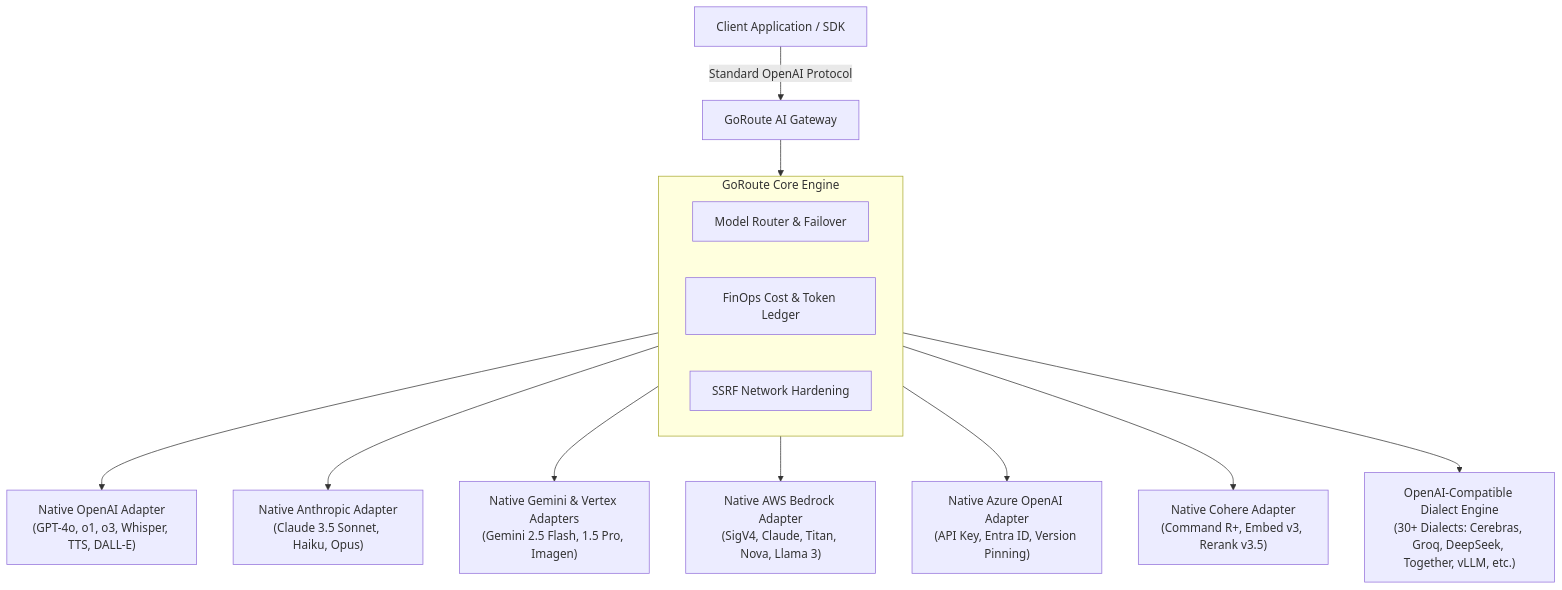
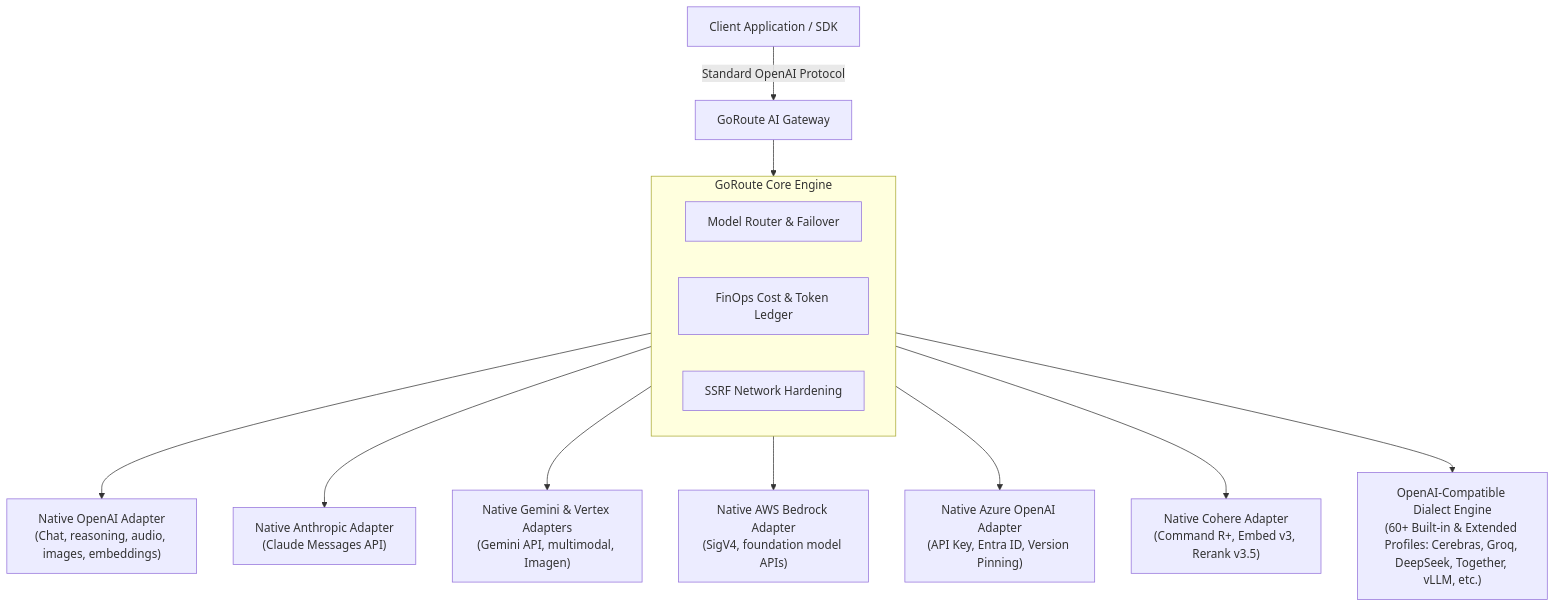
One commit to goroute-ai/goroute-ai.github.io changed the diagram in docs/providers/overview.md. Above: the diagram before and after it, drawn with Mermaid. The commit also changed other lines of this file and 48 other files, not shown here.

````diff
--- a/docs/providers/overview.md
+++ b/docs/providers/overview.md
@@ -11,20 +13,20 @@
 ```mermaid
 flowchart TD
     Client["Client Application / SDK"] -->|Standard OpenAI Protocol| GW["GoRoute AI Gateway"]
     
     subgraph CoreEngine["GoRoute Core Engine"]
         Router["Model Router & Failover"]
         Ledger["FinOps Cost & Token Ledger"]
         SSRF["SSRF Network Hardening"]
     end
     
     GW --> CoreEngine
     
-    CoreEngine --> A1["Native OpenAI Adapter\n(GPT-4o, o1, o3, Whisper, TTS, DALL-E)"]
-    CoreEngine --> A2["Native Anthropic Adapter\n(Claude 3.5 Sonnet, Haiku, Opus)"]
-    CoreEngine --> A3["Native Gemini & Vertex Adapters\n(Gemini 2.5 Flash, 1.5 Pro, Imagen)"]
-    CoreEngine --> A4["Native AWS Bedrock Adapter\n(SigV4, Claude, Titan, Nova, Llama 3)"]
+    CoreEngine --> A1["Native OpenAI Adapter\n(Chat, reasoning, audio, images, embeddings)"]
+    CoreEngine --> A2["Native Anthropic Adapter\n(Claude Messages API)"]
+    CoreEngine --> A3["Native Gemini & Vertex Adapters\n(Gemini API, multimodal, Imagen)"]
+    CoreEngine --> A4["Native AWS Bedrock Adapter\n(SigV4, foundation model APIs)"]
     CoreEngine --> A5["Native Azure OpenAI Adapter\n(API Key, Entra ID, Version Pinning)"]
     CoreEngine --> A6["Native Cohere Adapter\n(Command R+, Embed v3, Rerank v3.5)"]
-    CoreEngine --> A7["OpenAI-Compatible Dialect Engine\n(30+ Dialects: Cerebras, Groq, DeepSeek, Together, vLLM, etc.)"]
+    CoreEngine --> A7["OpenAI-Compatible Dialect Engine\n(60+ Built-in & Extended Profiles: Cerebras, Groq, DeepSeek, Together, vLLM, etc.)"]
 ```
````
